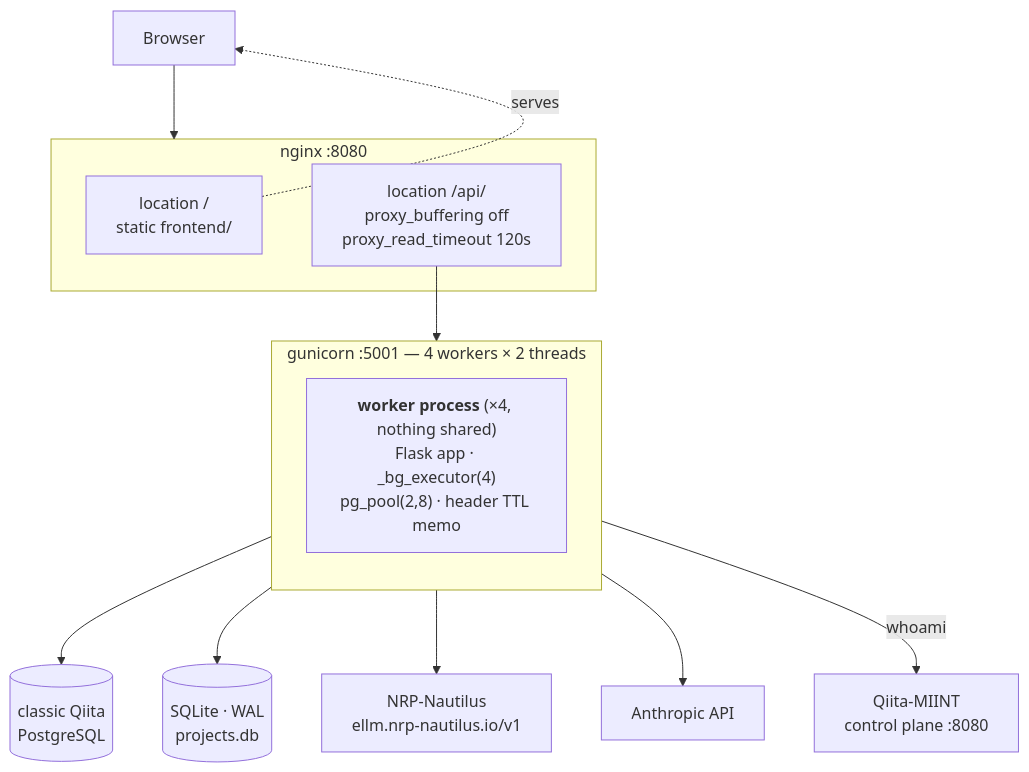
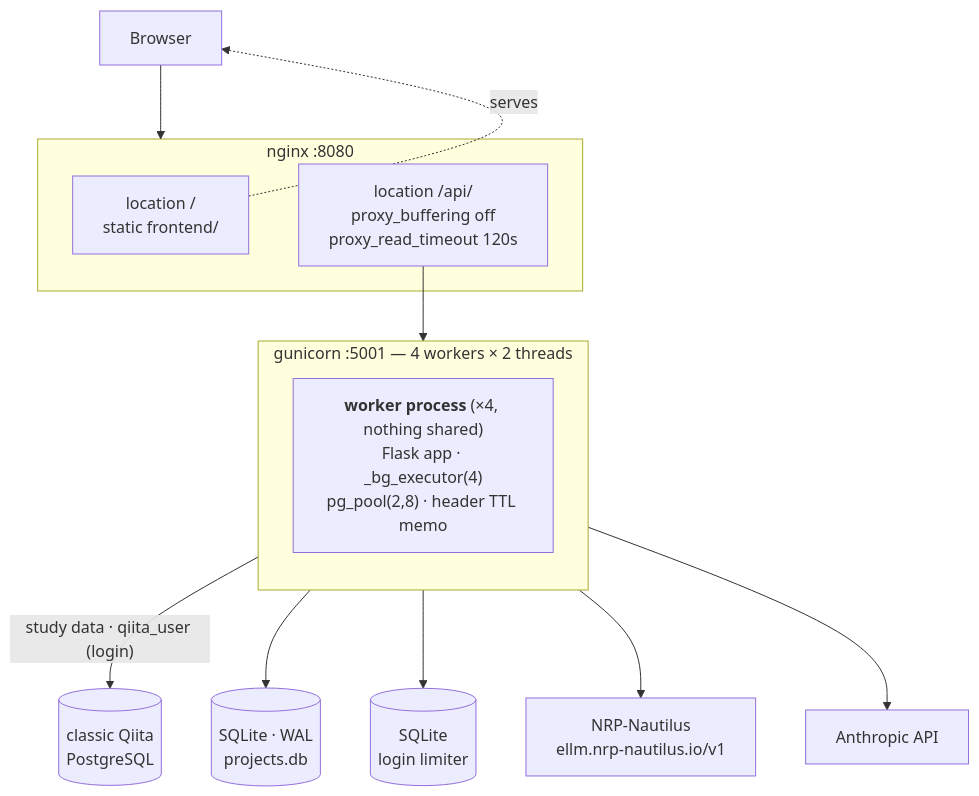
The first of 2 diagrams in docs/01-architecture.md (dhruvviveksharma/QiitaExplore), drawn with Mermaid before and after one commit. The commit also changed other lines of this file and 64 other files, not shown here.

````diff
--- a/docs/01-architecture.md
+++ b/docs/01-architecture.md
@@ -15,29 +15,29 @@
 ```mermaid
 flowchart TB
     B["Browser"]
 
     subgraph NG["nginx :8080"]
         S["location /<br/>static frontend/"]
         P["location /api/<br/>proxy_buffering off<br/>proxy_read_timeout 120s"]
     end
 
     subgraph GU["gunicorn :5001 — 4 workers × 2 threads"]
         direction TB
         W["<b>worker process</b> (×4, nothing shared)<br/>Flask app · _bg_executor(4)<br/>pg_pool(2,8) · header TTL memo"]
     end
 
     PGDB[("classic Qiita<br/>PostgreSQL")]
     SQ[("SQLite · WAL<br/>projects.db")]
+    LIM[("SQLite<br/>login limiter")]
     NRP["NRP-Nautilus<br/>ellm.nrp-nautilus.io/v1"]
     ANT["Anthropic API"]
-    CP["Qiita-MIINT<br/>control plane :8080"]
 
     B --> NG
     S -.serves.-> B
     P --> GU
-    W --> PGDB
+    W -->|"study data · qiita_user (login)"| PGDB
     W --> SQ
+    W --> LIM
     W --> NRP
     W --> ANT
-    W -->|whoami| CP
 ```
````
